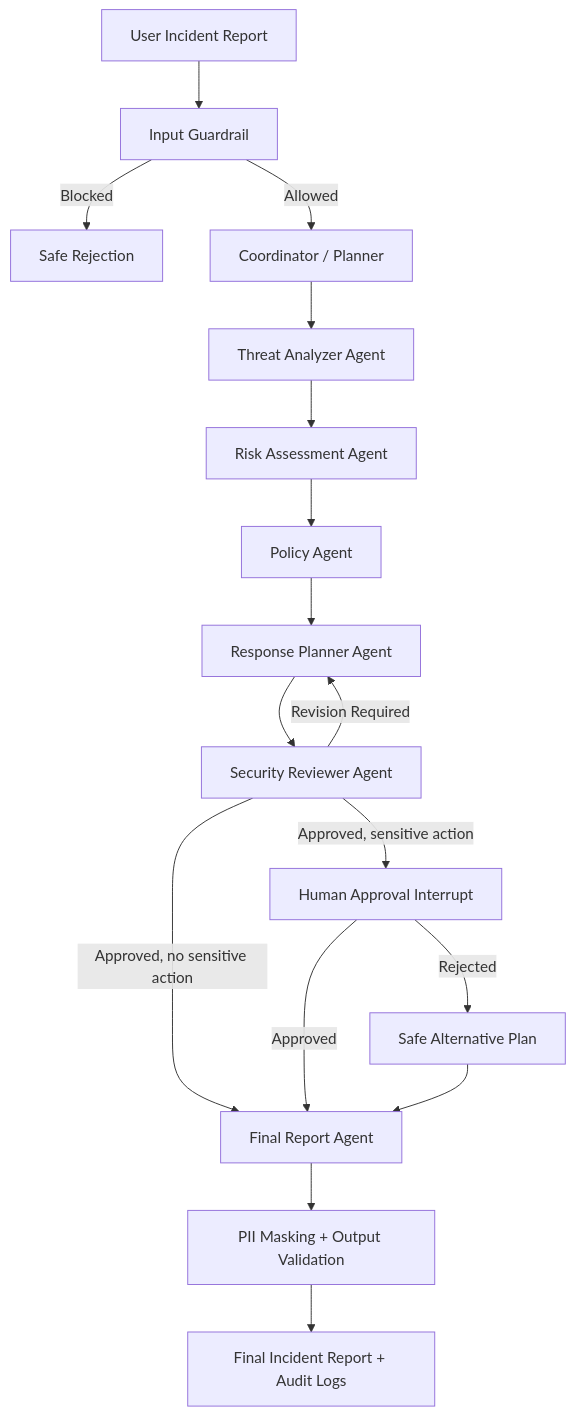
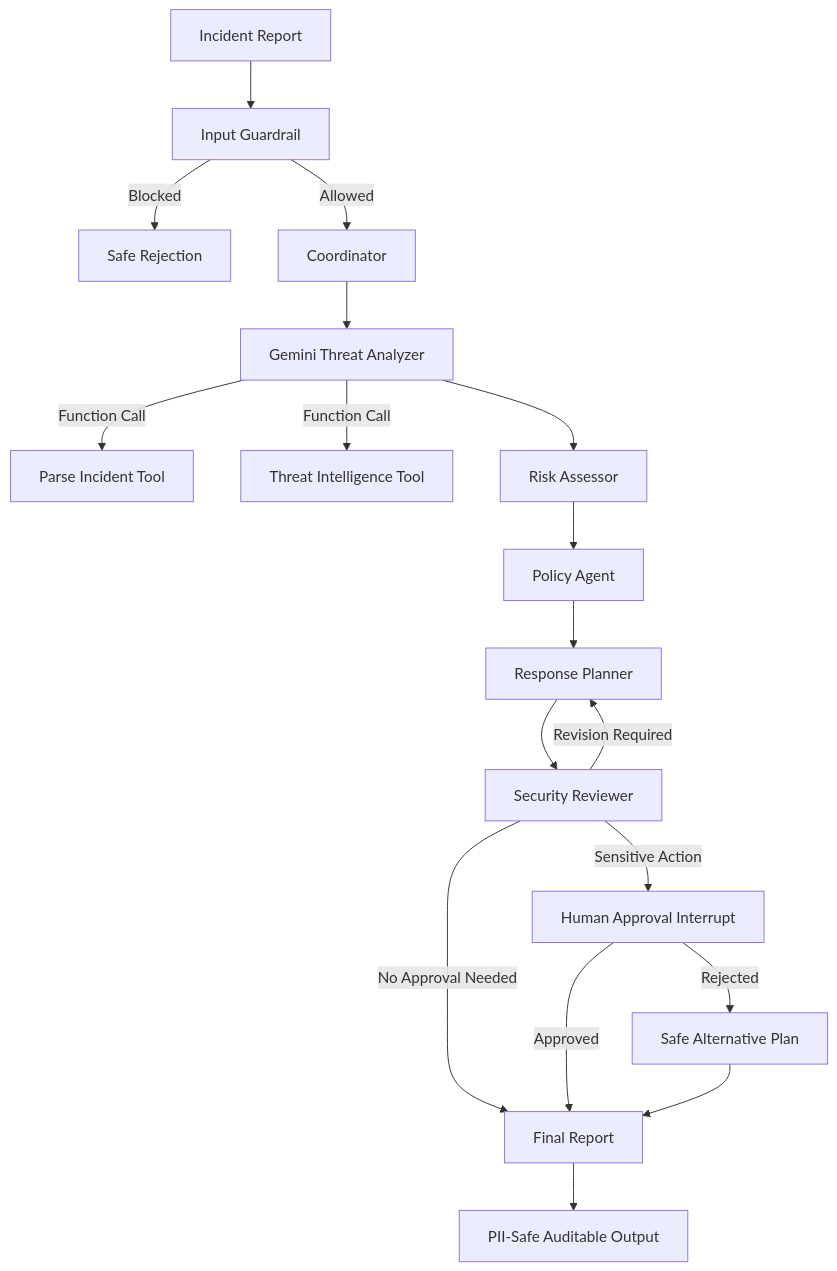
One commit to LayanAlomar/Advanced-Agentic-AI-Systems-Engineering-AI-SOC-Commander changed the diagram in README.md. Above: the diagram before and after it, drawn with Mermaid. The commit also changed other lines of this file and 13 other files, not shown here.

Commit message:
feat: integrate Gemini LLM with function calling

````diff
--- a/README.md
+++ b/README.md
@@ -42,19 +77,20 @@
 ```mermaid
 flowchart TD
-    A[User Incident Report] --> B[Input Guardrail]
+    A[Incident Report] --> B[Input Guardrail]
     B -->|Blocked| Z[Safe Rejection]
-    B -->|Allowed| C[Coordinator / Planner]
-    C --> D[Threat Analyzer Agent]
-    D --> E[Risk Assessment Agent]
+    B -->|Allowed| C[Coordinator]
+    C --> D[Gemini Threat Analyzer]
+    D -->|Function Call| T1[Parse Incident Tool]
+    D -->|Function Call| T2[Threat Intelligence Tool]
+    D --> E[Risk Assessor]
     E --> F[Policy Agent]
-    F --> G[Response Planner Agent]
-    G --> H[Security Reviewer Agent]
+    F --> G[Response Planner]
+    G --> H[Security Reviewer]
     H -->|Revision Required| G
-    H -->|Approved, sensitive action| I[Human Approval Interrupt]
-    H -->|Approved, no sensitive action| J[Final Report Agent]
+    H -->|Sensitive Action| I[Human Approval Interrupt]
+    H -->|No Approval Needed| J[Final Report]
     I -->|Approved| J
     I -->|Rejected| K[Safe Alternative Plan]
     K --> J
-    J --> L[PII Masking + Output Validation]
-    L --> M[Final Incident Report + Audit Logs]
+    J --> L[PII-Safe Auditable Output]
 ```
````
